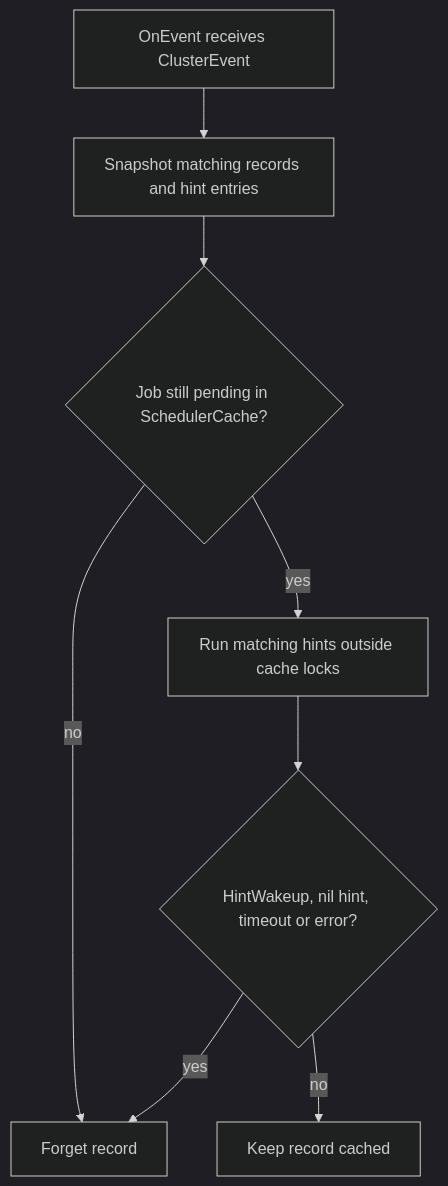
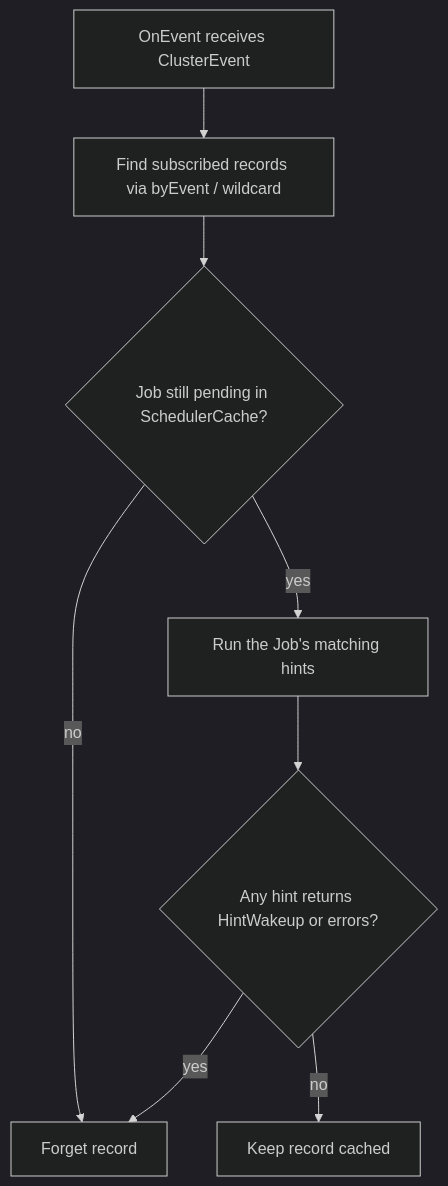
Before and after one commit to JesseStutler/volcano: the third of 4 diagrams in docs/design/queueing-hint.md, drawn with Mermaid (dark theme). The commit also changed other lines of this file, not shown here.

````diff
--- a/docs/design/queueing-hint.md
+++ b/docs/design/queueing-hint.md
@@ -464,10 +536,10 @@
 ```mermaid
 flowchart TD
-    A[OnEvent receives ClusterEvent] --> B[Snapshot matching records and hint entries]
+    A[OnEvent receives ClusterEvent] --> B[Find subscribed records via byEvent / wildcard]
     B --> C{Job still pending in SchedulerCache?}
     C -- no --> D[Forget record]
-    C -- yes --> E[Run matching hints outside cache locks]
-    E --> F{HintWakeup, nil hint, timeout or error?}
+    C -- yes --> E[Run the Job's matching hints]
+    E --> F{Any hint returns HintWakeup or errors?}
     F -- yes --> D
     F -- no --> G[Keep record cached]
 ```
````
